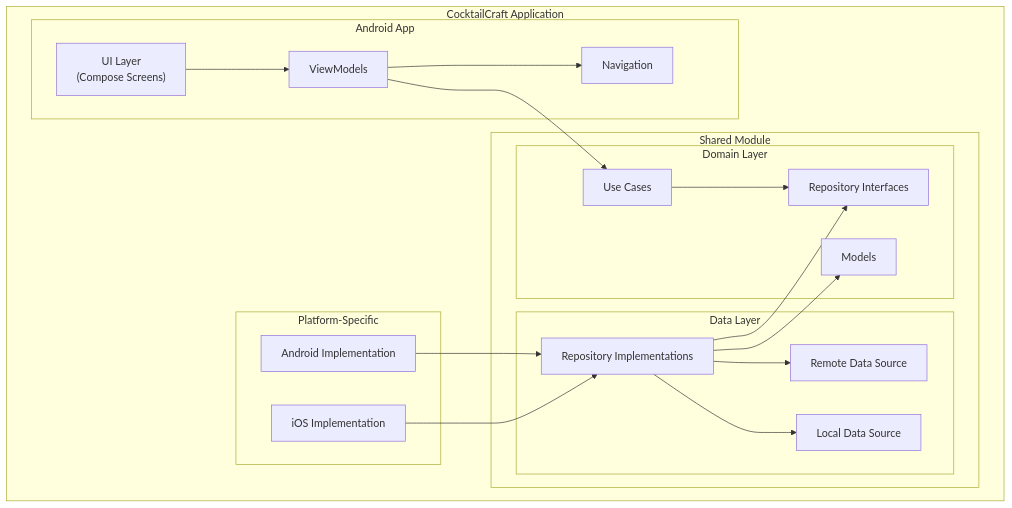
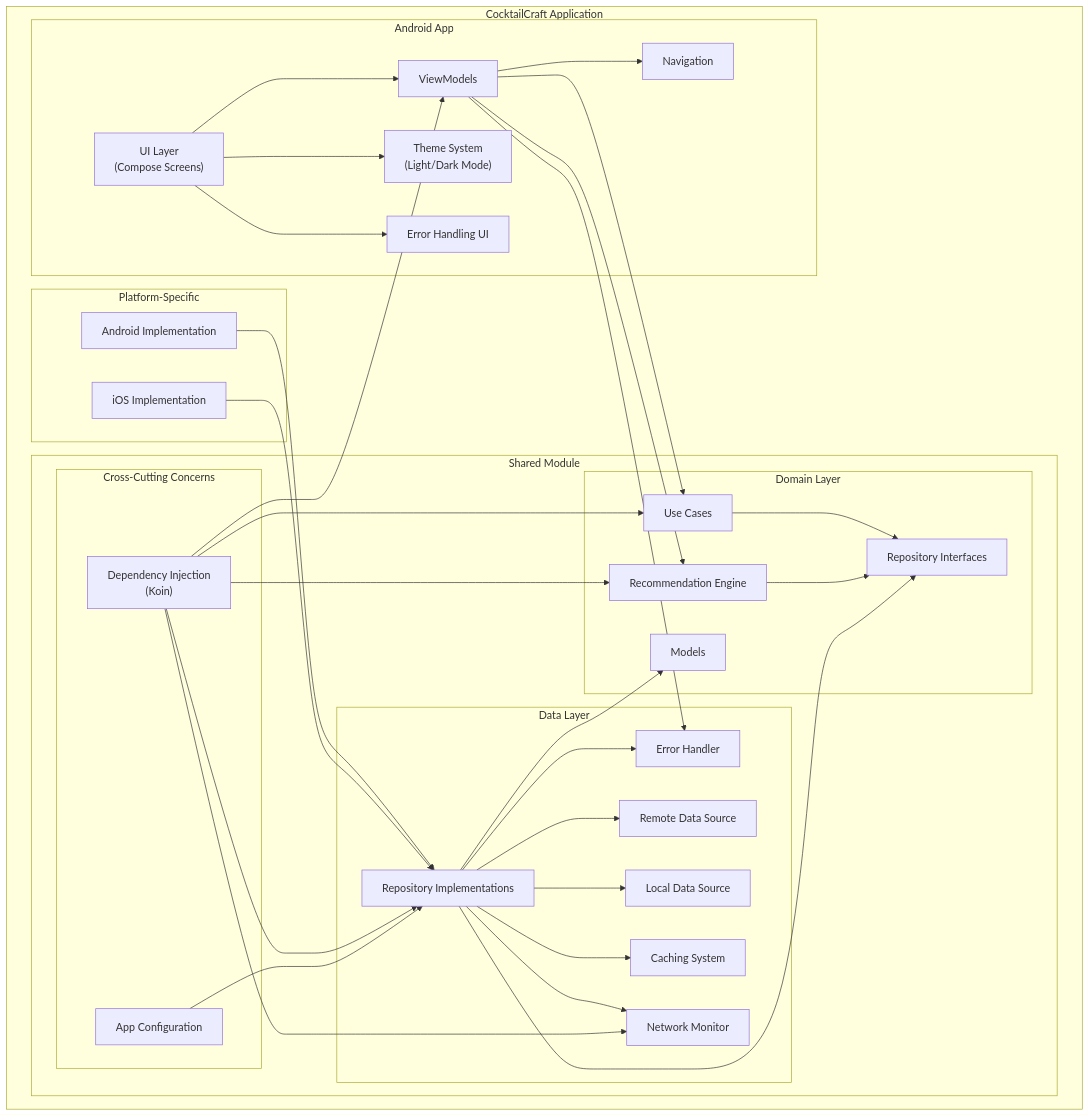
The diagram in docs/images/mermaid/high_level_architecture.md (robto09/CocktailCraft), drawn with Mermaid before and after one commit. The commit also changed other lines of this file and 6 other files, not shown here.

Commit message:
Update architecture diagrams to reflect current app state including Dark Mode, Offline Mode, Error Handling, and Recommendation System

````diff
--- a/docs/images/mermaid/high_level_architecture.md
+++ b/docs/images/mermaid/high_level_architecture.md
@@ -3,41 +3,66 @@
 ```mermaid
 graph TD
     subgraph "CocktailCraft Application"
         subgraph "Android App"
             UI["UI Layer<br>(Compose Screens)"]
+            Theme["Theme System<br>(Light/Dark Mode)"]
             VM["ViewModels"]
             Nav["Navigation"]
+            ErrorUI["Error Handling UI"]
         end
-        
+
         subgraph "Shared Module"
             subgraph "Domain Layer"
                 Models["Models"]
                 RepoInt["Repository Interfaces"]
                 UC["Use Cases"]
+                RecEngine["Recommendation Engine"]
             end
-            
+
             subgraph "Data Layer"
                 RepoImpl["Repository Implementations"]
                 Remote["Remote Data Source"]
                 Local["Local Data Source"]
+                Cache["Caching System"]
+                Network["Network Monitor"]
+                ErrorHandler["Error Handler"]
+            end
+
+            subgraph "Cross-Cutting Concerns"
+                DI["Dependency Injection<br>(Koin)"]
+                Config["App Configuration"]
             end
         end
-        
+
         subgraph "Platform-Specific"
             AndroidImpl["Android Implementation"]
             iOSImpl["iOS Implementation"]
         end
     end
-    
+
     %% Relationships
     UI --> VM
+    UI --> Theme
+    UI --> ErrorUI
     VM --> UC
+    VM --> RecEngine
     VM --> Nav
+    VM --> ErrorHandler
     UC --> RepoInt
+    RecEngine --> RepoInt
     RepoImpl --> RepoInt
     RepoImpl --> Remote
     RepoImpl --> Local
+    RepoImpl --> Cache
+    RepoImpl --> Network
     RepoImpl --> Models
+    RepoImpl --> ErrorHandler
     AndroidImpl --> RepoImpl
     iOSImpl --> RepoImpl
+    DI --> RepoImpl
+    DI --> UC
+    DI --> RecEngine
+    DI --> VM
+    DI --> Network
+    Config --> RepoImpl
 ```
````
